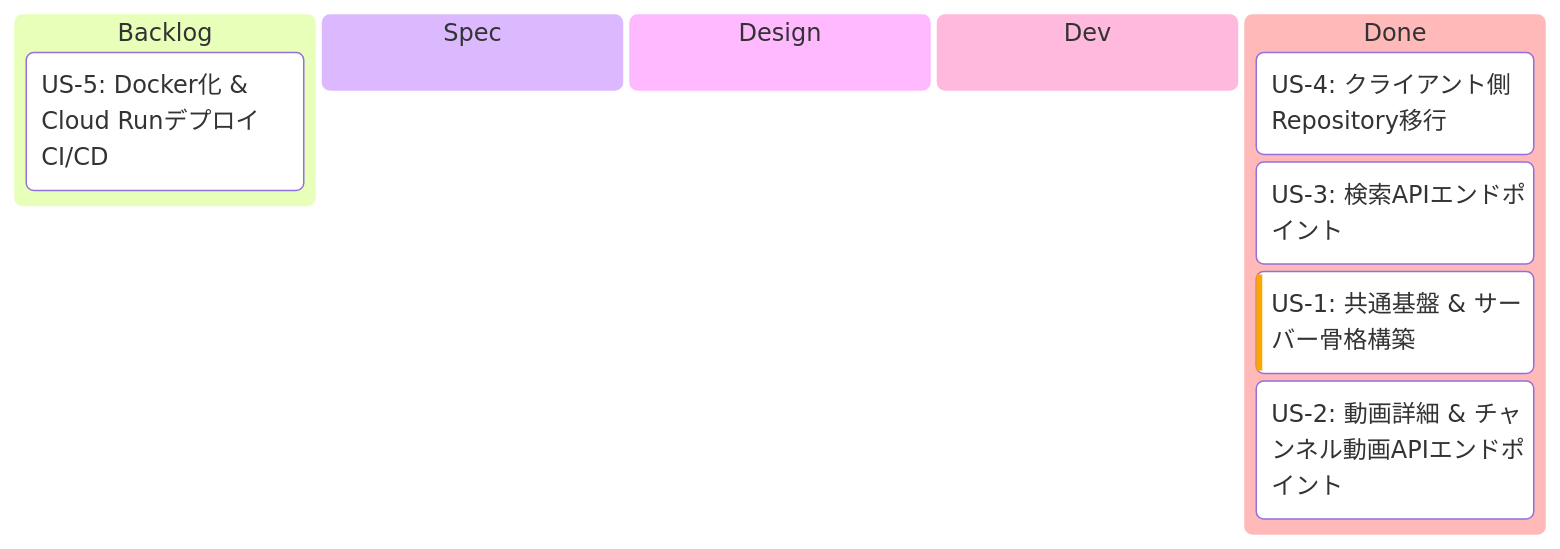
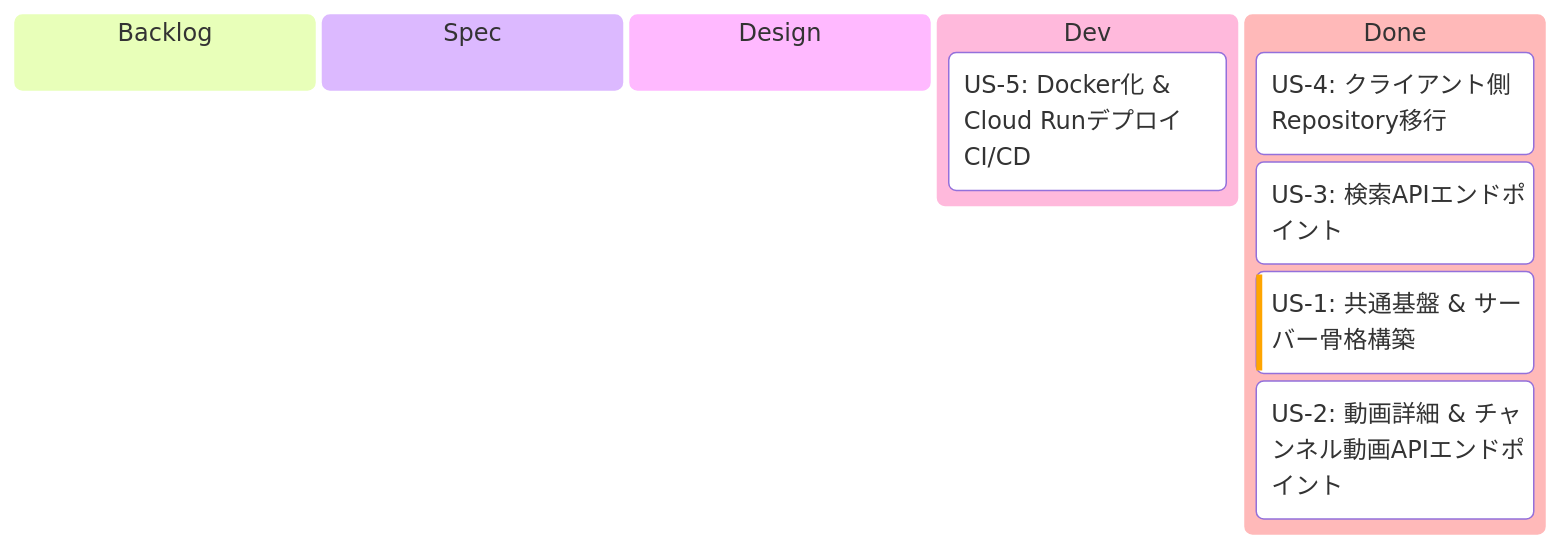
Before and after one commit to saki0000/collab-stream: the first of 2 diagrams in implement-context/api-proxy-server/EPIC.md, drawn with Mermaid. The commit also changed other lines of this file and 7 other files, not shown here.

````diff
--- a/implement-context/api-proxy-server/EPIC.md
+++ b/implement-context/api-proxy-server/EPIC.md
@@ -26,18 +26,18 @@
 ```mermaid
 ---
 config:
   kanban:
     ticketBaseUrl: ''
 ---
 kanban
   backlog[Backlog]
-    us5[US-5: Docker化 & Cloud Runデプロイ CI/CD]
   spec[Spec]
   design[Design]
   dev[Dev]
+    us5[US-5: Docker化 & Cloud Runデプロイ CI/CD]
   done[Done]
     us4[US-4: クライアント側Repository移行]
     us3[US-3: 検索APIエンドポイント]
     us1[US-1: 共通基盤 & サーバー骨格構築]@{ priority: 'High' }
     us2[US-2: 動画詳細 & チャンネル動画APIエンドポイント]
 ```
````
